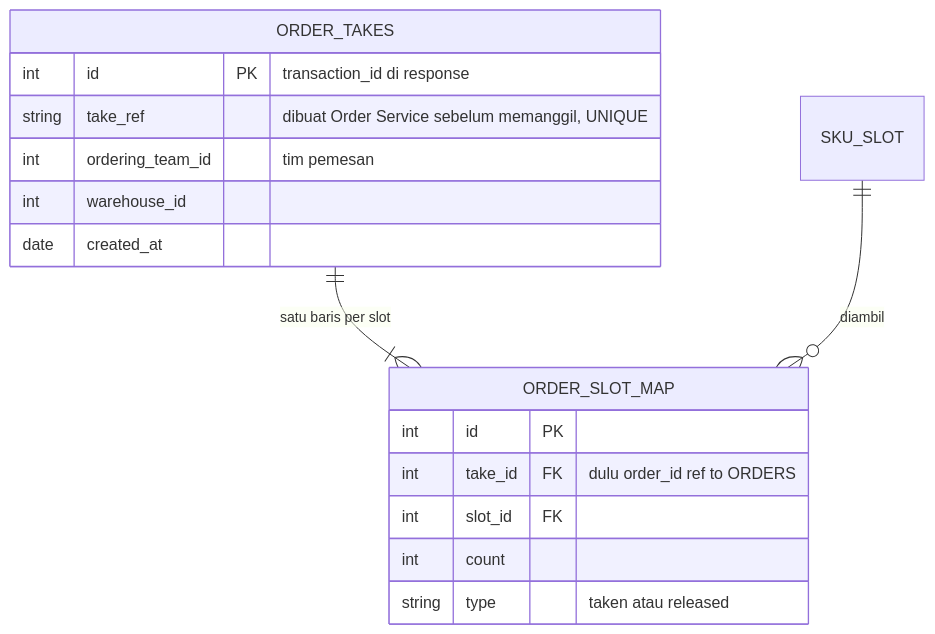
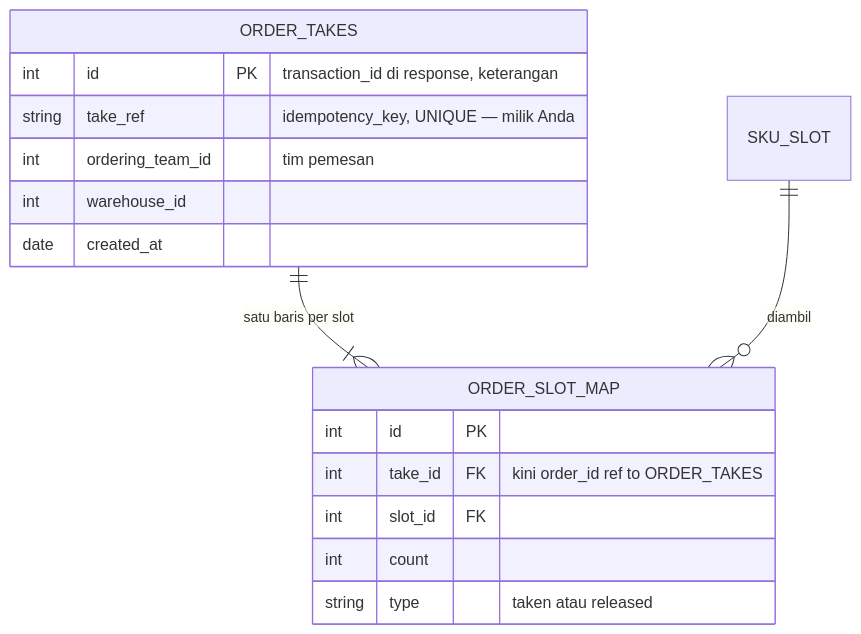
The second of 4 diagrams in docs/business/stock_thoni/order_creation_provide_clarify.md (pdcgo/warehouse_revamp), drawn with Mermaid before and after one commit. The commit also changed other lines of this file and 7 other files, not shown here.

````diff
--- a/docs/business/stock_thoni/order_creation_provide_clarify.md
+++ b/docs/business/stock_thoni/order_creation_provide_clarify.md
@@ -94,19 +186,19 @@
 ```mermaid
 erDiagram
   ORDER_TAKES ||--|{ ORDER_SLOT_MAP : "satu baris per slot"
   SKU_SLOT ||--o{ ORDER_SLOT_MAP : "diambil"
   ORDER_TAKES {
-    int id PK "transaction_id di response"
-    string take_ref "dibuat Order Service sebelum memanggil, UNIQUE"
+    int id PK "transaction_id di response, keterangan"
+    string take_ref "idempotency_key, UNIQUE — milik Anda"
     int ordering_team_id "tim pemesan"
     int warehouse_id
     date created_at
   }
   ORDER_SLOT_MAP {
     int id PK
-    int take_id FK "dulu order_id ref to ORDERS"
+    int take_id FK "kini order_id ref to ORDER_TAKES"
     int slot_id FK
     int count
     string type "taken atau released"
   }
 ```
````
